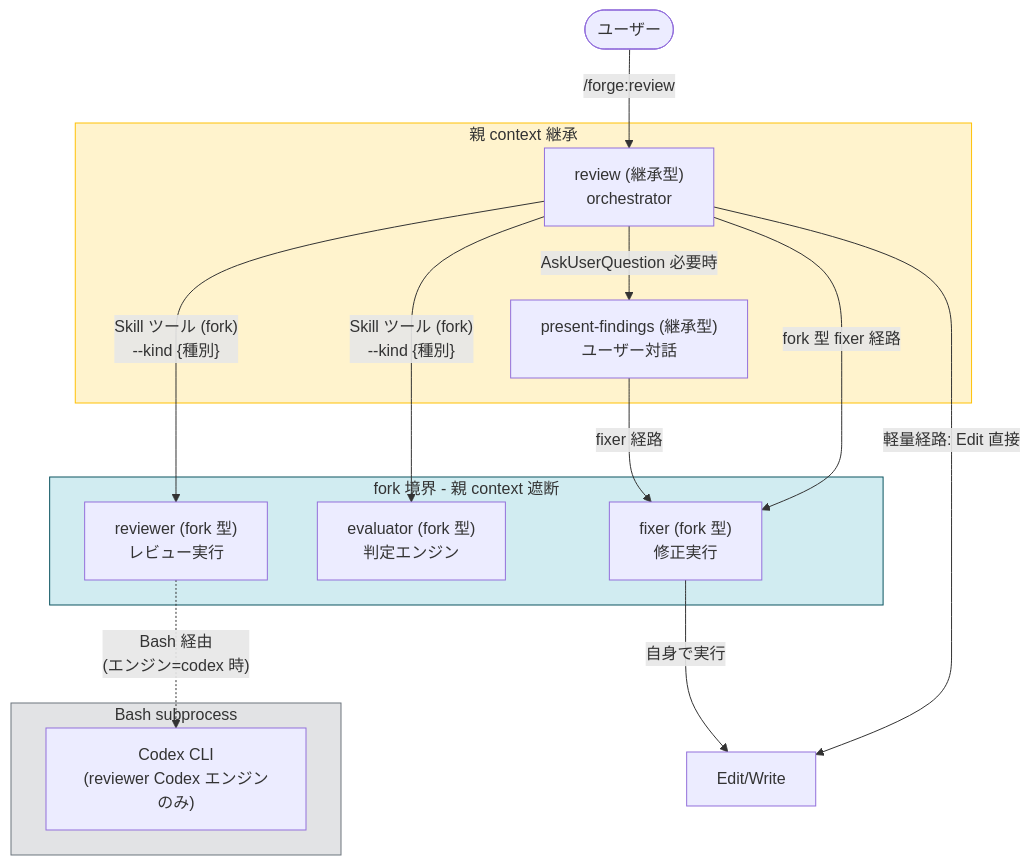
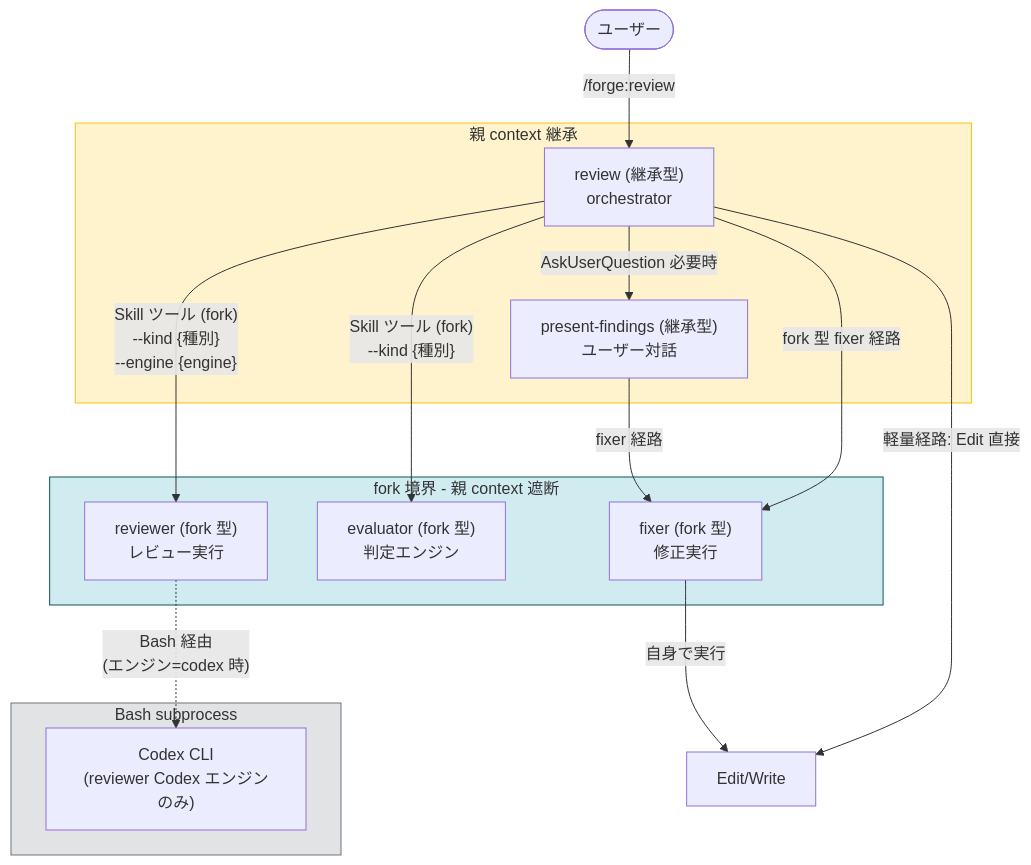
The first of 4 diagrams in docs/specs/forge-subagent/design/SUBAGENT-DES-001_skill_agent_launch_contract_design.md (BlueEventHorizon/bw-cc-plugins), drawn with Mermaid before and after one commit. The commit also changed other lines of this file, not shown here.

Commit message:
refactor: skill re-design

````diff
--- a/docs/specs/forge-subagent/design/SUBAGENT-DES-001_skill_agent_launch_contract_design.md
+++ b/docs/specs/forge-subagent/design/SUBAGENT-DES-001_skill_agent_launch_contract_design.md
@@ -46,32 +46,32 @@
 ```mermaid
 flowchart TB
     User([ユーザー]) -->|/forge:review| Review
 
     subgraph InheritedContext [親 context 継承]
         Review["review (継承型)<br/>orchestrator"]
         PresentFindings["present-findings (継承型)<br/>ユーザー対話"]
     end
 
     subgraph ForkBoundary [fork 境界 - 親 context 遮断]
         Reviewer["reviewer (fork 型)<br/>レビュー実行"]
         Evaluator["evaluator (fork 型)<br/>判定エンジン"]
         Fixer["fixer (fork 型)<br/>修正実行"]
     end
 
     subgraph BashSubprocess [Bash subprocess]
         Codex["Codex CLI<br/>(reviewer Codex エンジンのみ)"]
     end
 
-    Review -->|"Skill ツール (fork)<br/>--kind {種別}"| Reviewer
+    Review -->|"Skill ツール (fork)<br/>--kind {種別}<br/>--engine {engine}"| Reviewer
     Reviewer -.->|"Bash 経由<br/>(エンジン=codex 時)"| Codex
     Review -->|"Skill ツール (fork)<br/>--kind {種別}"| Evaluator
     Review -->|"AskUserQuestion 必要時"| PresentFindings
     Review -->|"軽量経路: Edit 直接"| EditTool[Edit/Write]
     Review -->|"fork 型 fixer 経路"| Fixer
     PresentFindings -->|"fixer 経路"| Fixer
     Fixer -->|"自身で実行"| EditTool
 
     style InheritedContext fill:#fff3cd,stroke:#ffc107
     style ForkBoundary fill:#d1ecf1,stroke:#0c5460
     style BashSubprocess fill:#e2e3e5,stroke:#6c757d
 ```
````
